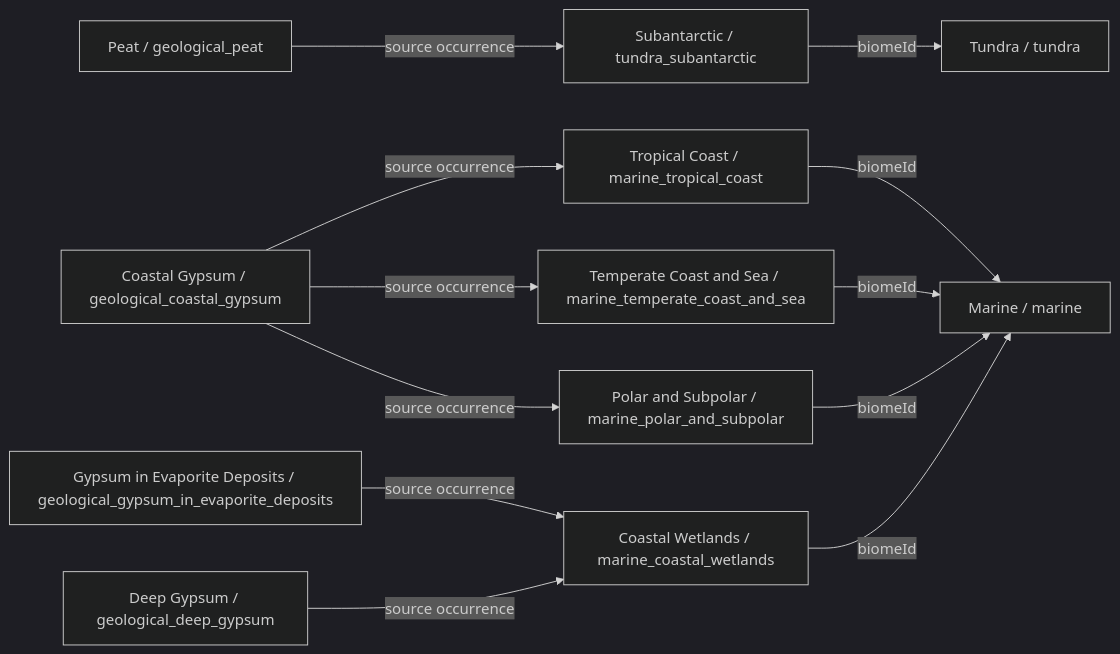
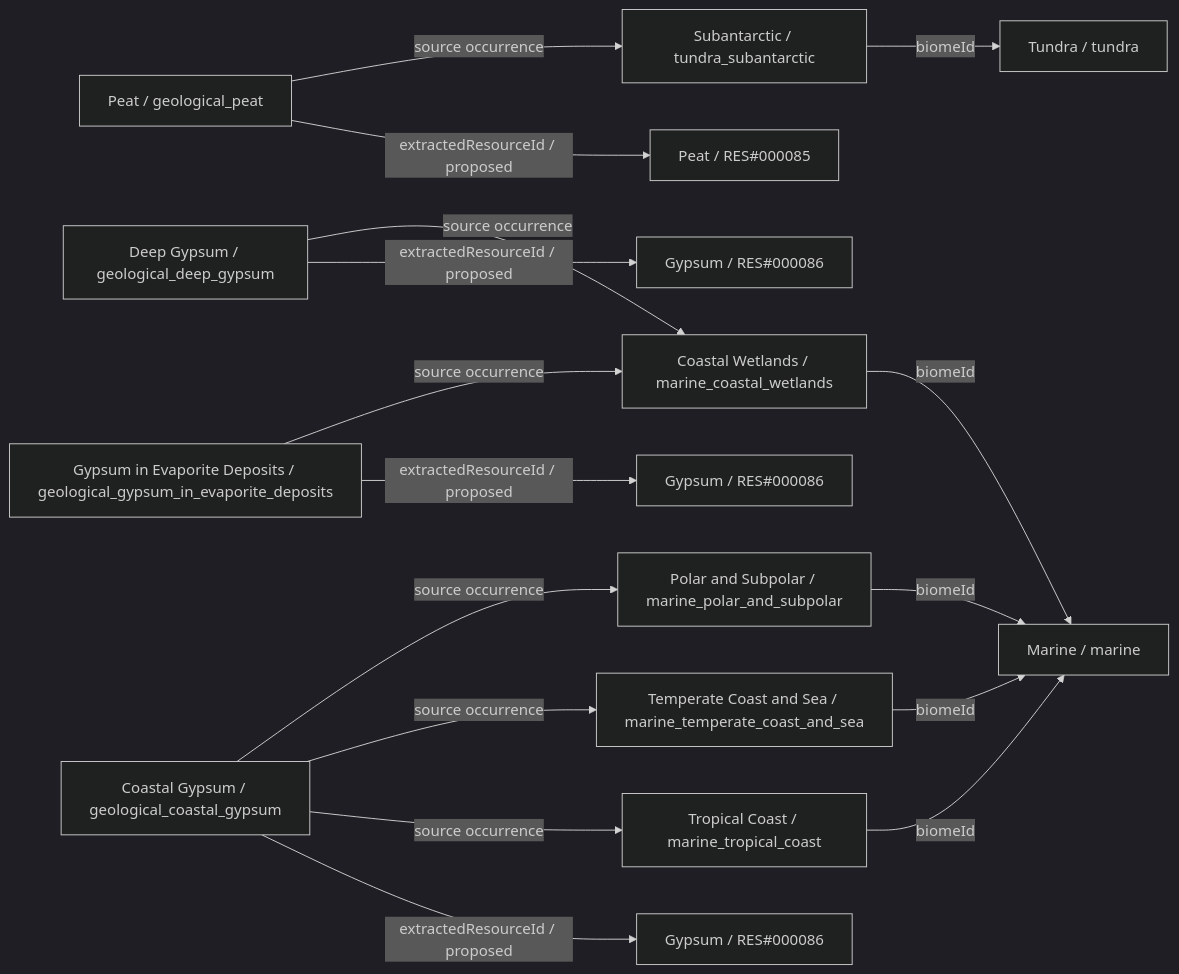
Diagram 14 of 15 in data/minerals/DIAGRAMS.md (fgabo404/EvolveDoc), drawn with Mermaid (dark theme) before and after one commit. The commit also changed other lines of this file and 50 other files, not shown here.

````diff
--- a/data/minerals/DIAGRAMS.md
+++ b/data/minerals/DIAGRAMS.md
@@ -769,25 +873,33 @@
 ```mermaid
 flowchart LR
     c0["Peat / geological_peat"]
     v10["Subantarctic / tundra_subantarctic"]
     b2["Tundra / tundra"]
+    r0["Peat / RES#000085"]
     c1["Gypsum in Evaporite Deposits / geological_gypsum_in_evaporite_deposits"]
     v22["Coastal Wetlands / marine_coastal_wetlands"]
     b5["Marine / marine"]
+    r1["Gypsum / RES#000086"]
     c2["Deep Gypsum / geological_deep_gypsum"]
+    r2["Gypsum / RES#000086"]
     c3["Coastal Gypsum / geological_coastal_gypsum"]
     v19["Tropical Coast / marine_tropical_coast"]
     v20["Temperate Coast and Sea / marine_temperate_coast_and_sea"]
     v21["Polar and Subpolar / marine_polar_and_subpolar"]
+    r3["Gypsum / RES#000086"]
+    c0 -->|extractedResourceId / proposed| r0
     c0 -->|source occurrence| v10
+    c1 -->|extractedResourceId / proposed| r1
     c1 -->|source occurrence| v22
+    c2 -->|extractedResourceId / proposed| r2
     c2 -->|source occurrence| v22
+    c3 -->|extractedResourceId / proposed| r3
     c3 -->|source occurrence| v19
     c3 -->|source occurrence| v20
     c3 -->|source occurrence| v21
     v10 -->|biomeId| b2
     v19 -->|biomeId| b5
     v20 -->|biomeId| b5
     v21 -->|biomeId| b5
     v22 -->|biomeId| b5
 ```
````
